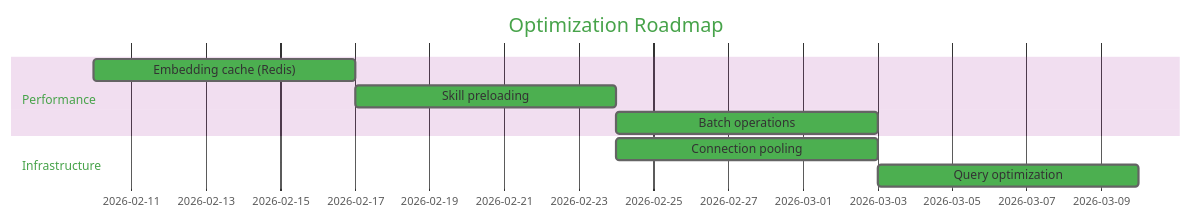
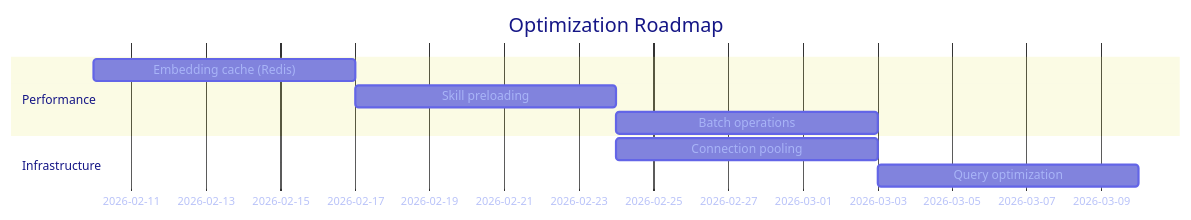
The eighth of 8 diagrams in benchmarks/charts.md (Oculusnoob/vesper-memory), drawn with Mermaid before and after one commit. The commit also changed other lines of this file, not shown here.

First line of the commit message:
Fix Mermaid chart syntax errors and apply Vesper brand colors

````diff
--- a/benchmarks/charts.md
+++ b/benchmarks/charts.md
@@ -162,13 +162,13 @@
 ```mermaid
-%%{init: {'theme':'base', 'themeVariables': { 'primaryColor':'#4CAF50'}}}%%
+%%{init: {'theme':'base', 'themeVariables': { 'primaryColor':'#6365e7', 'primaryTextColor':'#a8b4f7', 'primaryBorderColor':'#8183dd', 'taskBkgColor':'#8183dd', 'taskTextColor':'#a8b4f7', 'taskBorderColor':'#6365e7', 'activeTaskBkgColor':'#6365e7', 'activeTaskBorderColor':'#a8b4f7'}}}%%
 gantt
     title Optimization Roadmap
     dateFormat YYYY-MM-DD
     section Performance
     Embedding cache (Redis)     :2026-02-10, 7d
     Skill preloading            :2026-02-17, 7d
     Batch operations            :2026-02-24, 7d
     section Infrastructure
     Connection pooling          :2026-02-24, 7d
     Query optimization          :2026-03-03, 7d
 ```
````
